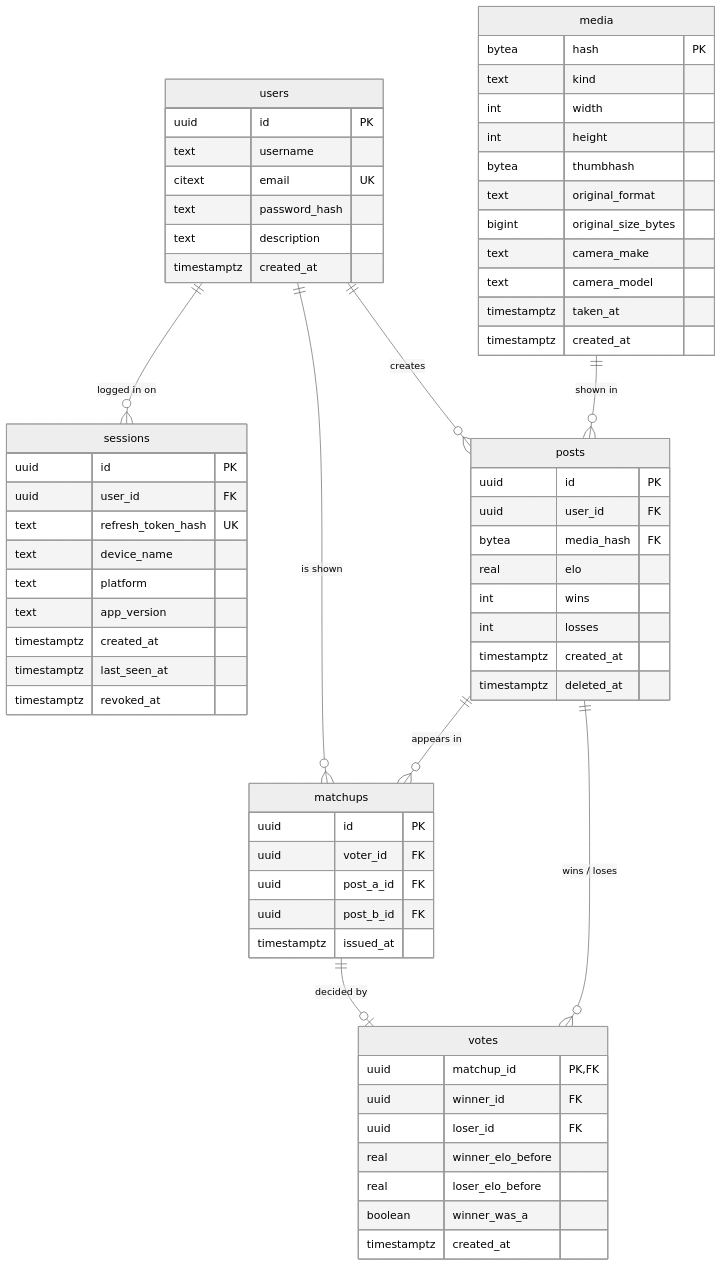
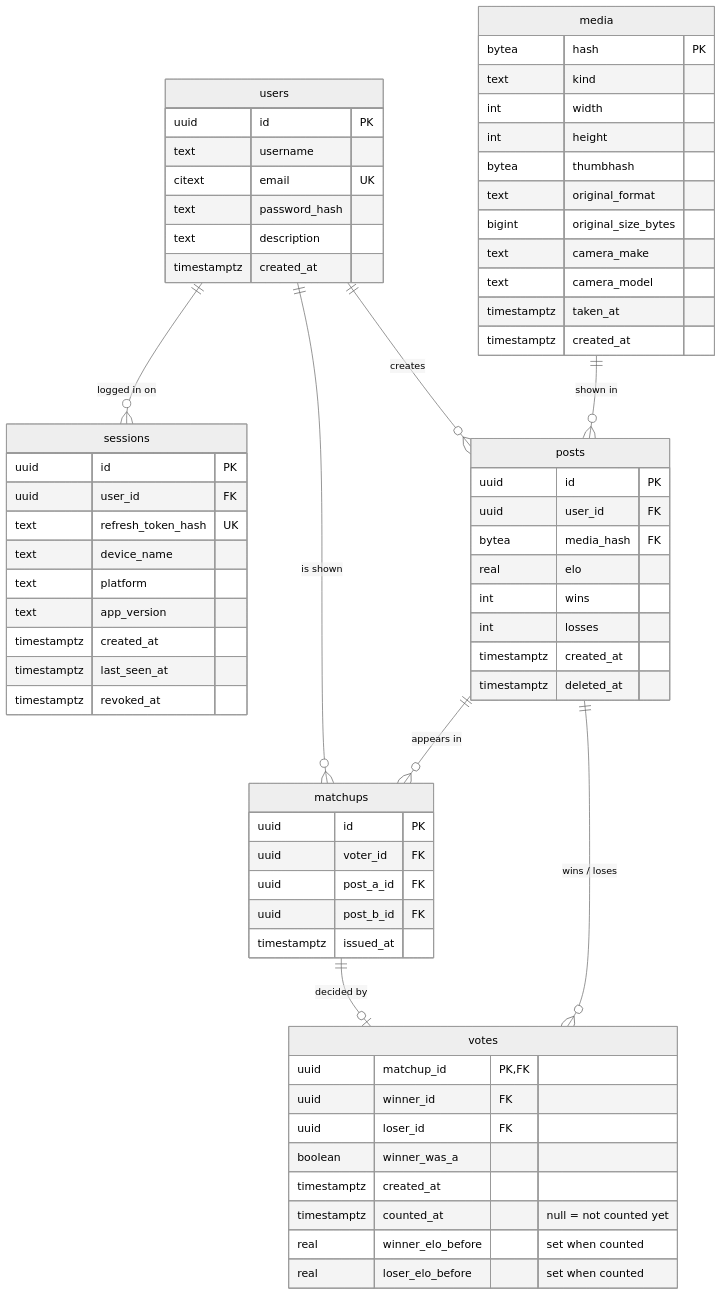
The diagram in DatabaseDiagram.md (Aarhus-tech-project/2026q4-h5-projektstyring-og-app-programmering-group-2), drawn with Mermaid (neutral theme) before and after one commit. The commit also changed other lines of this file and 4 other files, not shown here.

````diff
--- a/DatabaseDiagram.md
+++ b/DatabaseDiagram.md
@@ -1,69 +1,70 @@
 ```mermaid
 erDiagram
     users {
         uuid id PK
         text username
         citext email UK
         text password_hash
         text description
         timestamptz created_at
     }
     sessions {
         uuid id PK
         uuid user_id FK
         text refresh_token_hash UK
         text device_name
         text platform
         text app_version
         timestamptz created_at
         timestamptz last_seen_at
         timestamptz revoked_at
     }
     media {
         bytea hash PK
         text kind
         int width
         int height
         bytea thumbhash
         text original_format
         bigint original_size_bytes
         text camera_make
         text camera_model
         timestamptz taken_at
         timestamptz created_at
     }
     posts {
         uuid id PK
         uuid user_id FK
         bytea media_hash FK
         real elo
         int wins
         int losses
         timestamptz created_at
         timestamptz deleted_at
     }
     matchups {
         uuid id PK
         uuid voter_id FK
         uuid post_a_id FK
         uuid post_b_id FK
         timestamptz issued_at
     }
     votes {
         uuid matchup_id PK, FK
         uuid winner_id FK
         uuid loser_id FK
-        real winner_elo_before
-        real loser_elo_before
         boolean winner_was_a
         timestamptz created_at
+        timestamptz counted_at "null = not counted yet"
+        real winner_elo_before "set when counted"
+        real loser_elo_before "set when counted"
     }
 
     users ||--o{ sessions : "logged in on"
     users ||--o{ posts : creates
     media ||--o{ posts : "shown in"
     users ||--o{ matchups : "is shown"
     posts ||--o{ matchups : "appears in"
     matchups ||--o| votes : "decided by"
     posts ||--o{ votes : "wins / loses"
 ```
````
